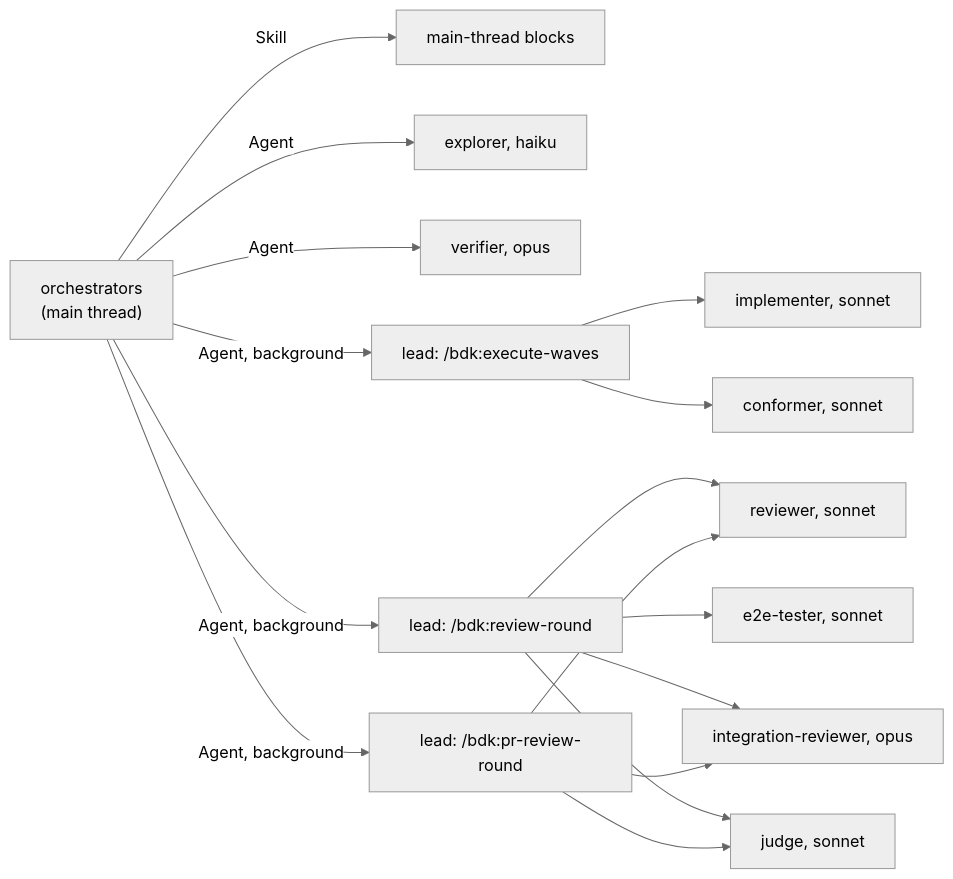
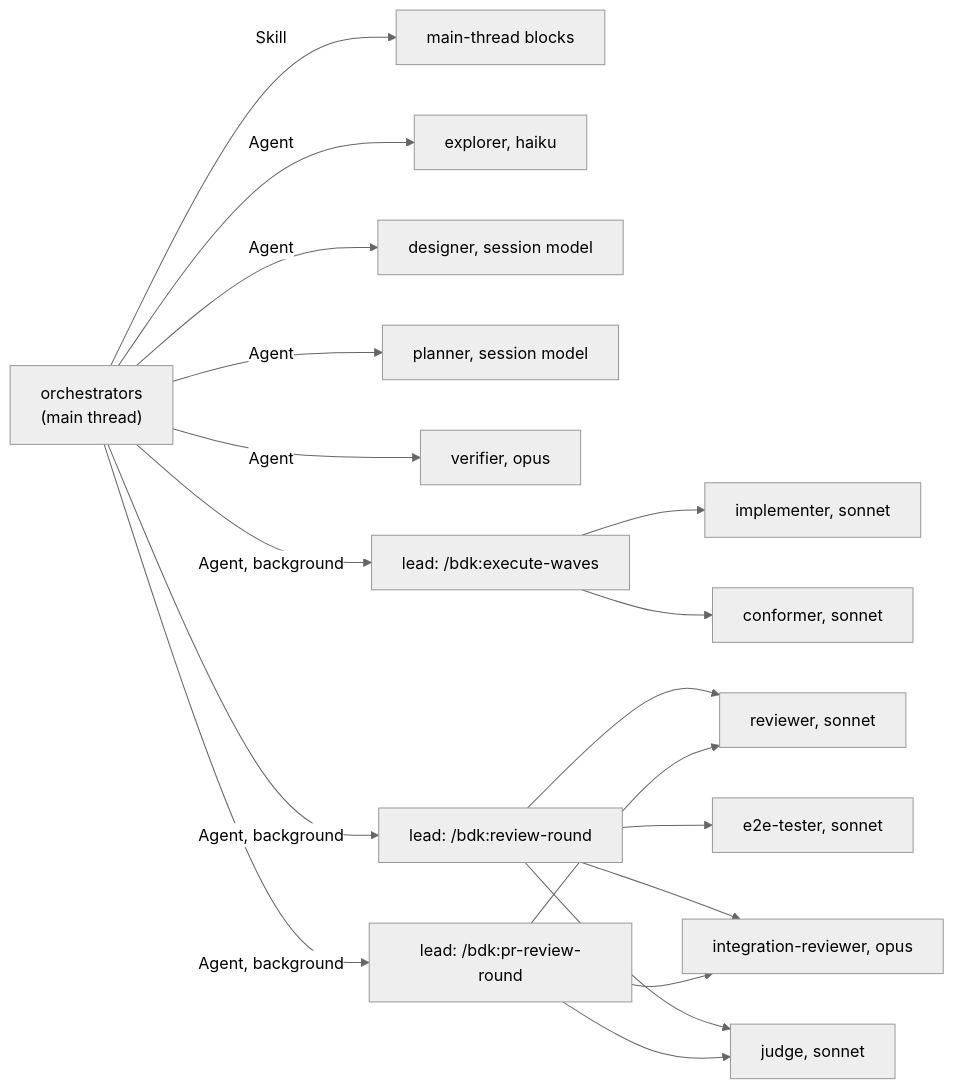
The diagram in docs/concepts/agents.md (broneq/bdk), drawn with Mermaid (neutral theme) before and after one commit. The commit also changed other lines of this file and 112 other files, not shown here.

First line of the commit message:
feat(bdk)!: model and effort per agent role, designer and planner agents

````diff
--- a/docs/concepts/agents.md
+++ b/docs/concepts/agents.md
@@ -11,19 +11,21 @@
 ```mermaid
 flowchart LR
   O["orchestrators<br/>(main thread)"]
   O -->|"Skill"| MB["main-thread blocks"]
   O -->|"Agent"| EXP["explorer, haiku"]
+  O -->|"Agent"| DES["designer, session model"]
+  O -->|"Agent"| PLN["planner, session model"]
   O -->|"Agent"| VER["verifier, opus"]
   O -->|"Agent, background"| EW["lead: /bdk:execute-waves"]
   O -->|"Agent, background"| RR["lead: /bdk:review-round"]
   O -->|"Agent, background"| PRR["lead: /bdk:pr-review-round"]
   EW --> IMPL["implementer, sonnet"]
   EW --> CONF["conformer, sonnet"]
   RR --> REV["reviewer, sonnet"]
   RR --> E2E["e2e-tester, sonnet"]
   RR --> INT["integration-reviewer, opus"]
   RR --> JUD["judge, sonnet"]
   PRR --> REV
   PRR --> INT
   PRR --> JUD
 ```
````
